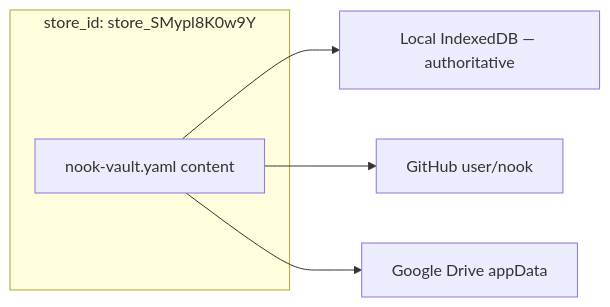
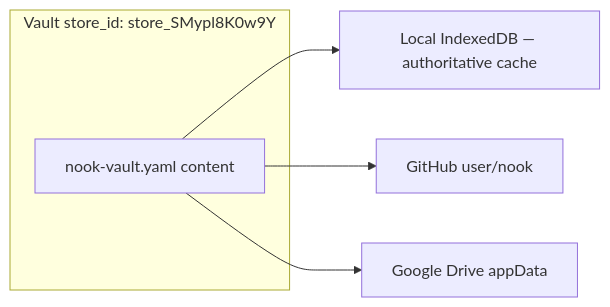
One commit to meta-secret/nook changed the diagram in .cortex/design-docs/secret-store-identity.md. Above: the diagram before and after it, drawn with Mermaid. The commit also changed other lines of this file and 46 other files, not shown here.

````diff
--- a/.cortex/design-docs/secret-store-identity.md
+++ b/.cortex/design-docs/secret-store-identity.md
@@ -71,9 +71,9 @@
 ```mermaid
 flowchart LR
-  subgraph store["store_id: store_SMypl8K0w9Y"]
+  subgraph store["Vault store_id: store_SMypl8K0w9Y"]
     V[nook-vault.yaml content]
   end
-  V --> L[Local IndexedDB — authoritative]
+  V --> L[Local IndexedDB — authoritative cache]
   V --> G[GitHub user/nook]
   V --> D[Google Drive appData]
 ```
````
